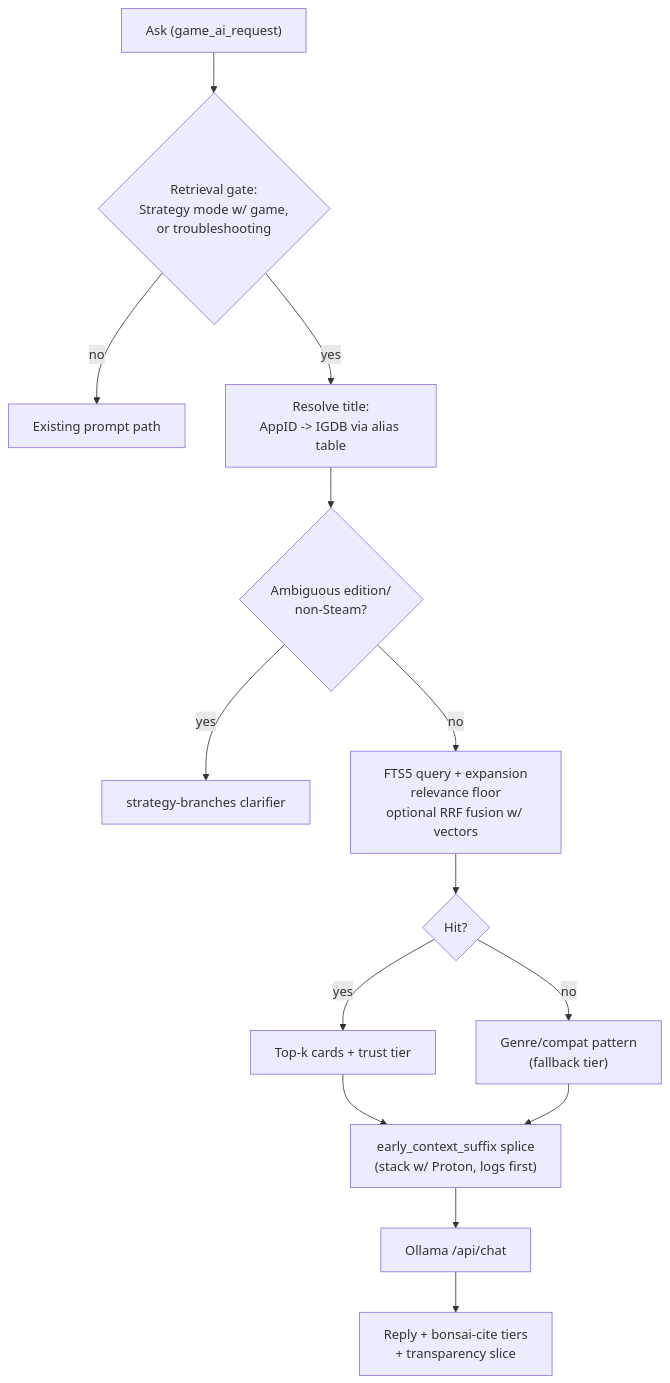
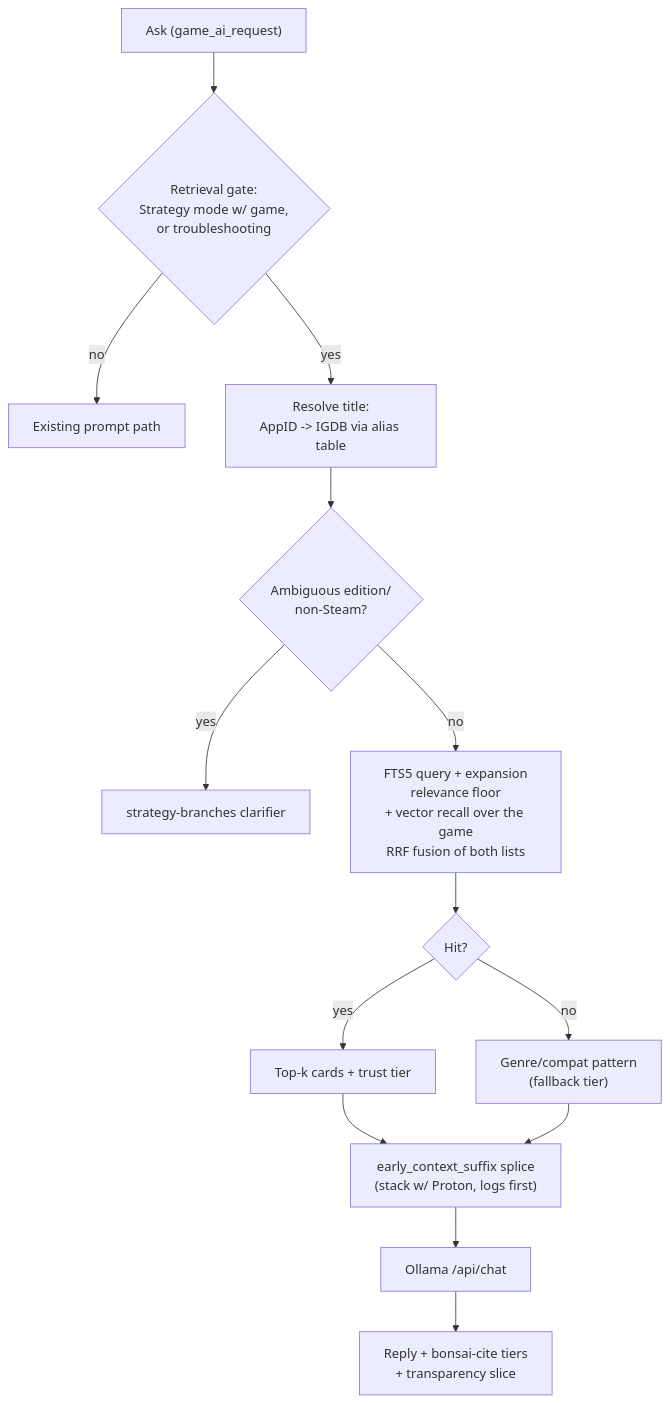
One commit to cantcurecancer/bonsAI changed the diagram in docs/knowledge-base.md. Above: the diagram before and after it, drawn with Mermaid. The commit also changed other lines of this file and 7 other files, not shown here.

````diff
--- a/docs/knowledge-base.md
+++ b/docs/knowledge-base.md
@@ -18,16 +18,16 @@
 ```mermaid
 flowchart TD
   ask["Ask (game_ai_request)"] --> gate{"Retrieval gate:<br/>Strategy mode w/ game,<br/>or troubleshooting"}
   gate -->|no| passthrough["Existing prompt path"]
   gate -->|yes| resolve["Resolve title:<br/>AppID -> IGDB via alias table"]
   resolve --> ambiguous{"Ambiguous edition/<br/>non-Steam?"}
   ambiguous -->|yes| clarifier["strategy-branches clarifier"]
-  ambiguous -->|no| retrieve["FTS5 query + expansion<br/>relevance floor<br/>optional RRF fusion w/ vectors"]
+  ambiguous -->|no| retrieve["FTS5 query + expansion<br/>relevance floor<br/>+ vector recall over the game<br/>RRF fusion of both lists"]
   retrieve --> hit{"Hit?"}
   hit -->|yes| cards["Top-k cards + trust tier"]
   hit -->|no| genre["Genre/compat pattern<br/>(fallback tier)"]
   cards --> splice["early_context_suffix splice<br/>(stack w/ Proton, logs first)"]
   genre --> splice
   splice --> model["Ollama /api/chat"]
   model --> reply["Reply + bonsai-cite tiers<br/>+ transparency slice"]
 ```
````
